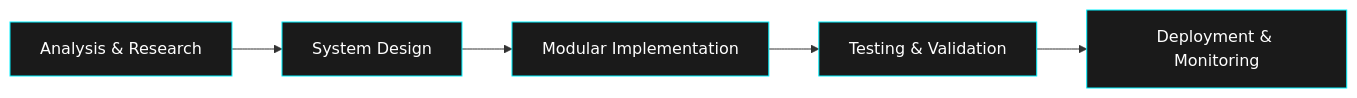
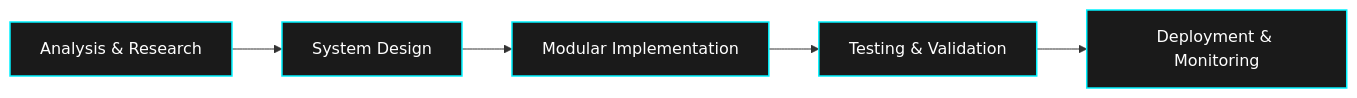
Before and after one commit to jibitesh-auth/jibitesh-auth: the first of 2 diagrams in README.md, drawn with Mermaid. The commit also changed other lines of this file, not shown here.

````diff
--- a/README.md
+++ b/README.md
@@ -47,12 +46,9 @@
 ```mermaid
 graph LR
     A["Analysis & Research"] --> B["System Design"]
     B --> C["Modular Implementation"]
     C --> D["Testing & Validation"]
     D --> E["Deployment & Monitoring"]
-    style A fill:#1a1a1a,stroke:#00F2FF,color:#fff
-    style B fill:#1a1a1a,stroke:#00F2FF,color:#fff
-    style C fill:#1a1a1a,stroke:#00F2FF,color:#fff
-    style D fill:#1a1a1a,stroke:#00F2FF,color:#fff
-    style E fill:#1a1a1a,stroke:#00F2FF,color:#fff
+
+    classDef default fill:#1a1a1a,stroke:#00F2FF,stroke-width:1.5px,color:#ffffff;
 ```
````
